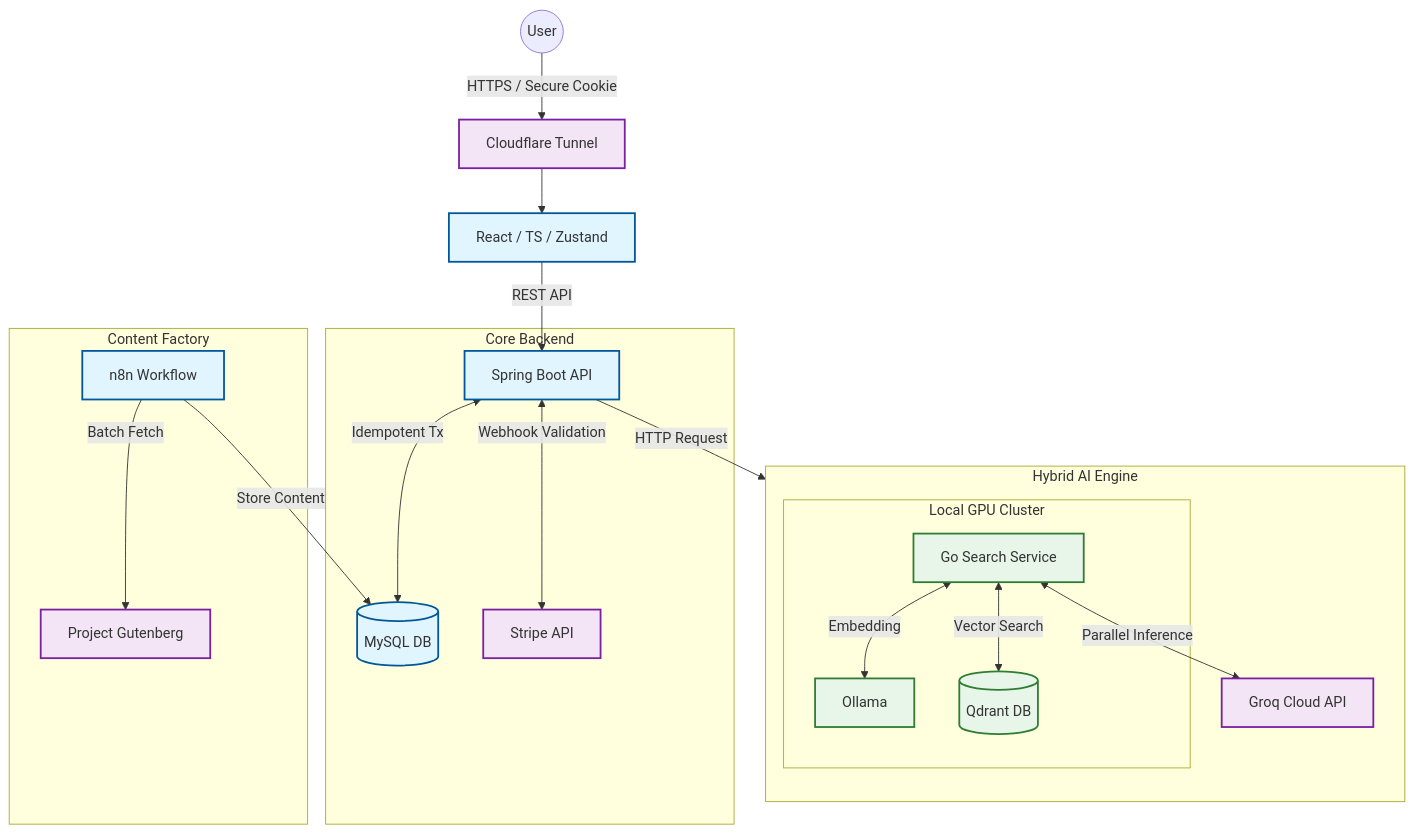
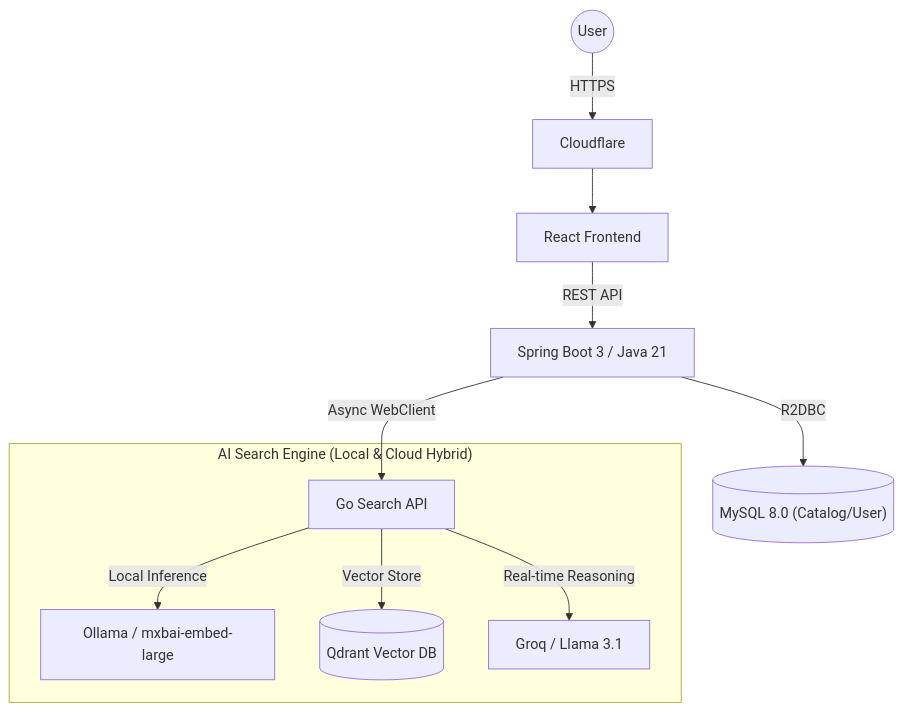
The diagram in README.md (xtq453xs-star/smartbrief), drawn with Mermaid before and after one commit. The commit also changed other lines of this file and 3 other files, not shown here.

````diff
--- a/README.md
+++ b/README.md
@@ -78,35 +78,18 @@
 ```mermaid
 graph TD
-    User((User)) -->|HTTPS / Secure Cookie| CF[Cloudflare Tunnel]
-    CF --> FE[React / TS / Zustand]
-    FE -->|REST API| BE[Spring Boot API]
+    %% 既存のアクセス層
+    User((User)) -->|HTTPS| CF[Cloudflare] --> FE[React Frontend]
+    FE -->|REST API| BE[Spring Boot 3 / Java 21]
 
-    subgraph Core_Backend [Core Backend]
-        BE <-->|Idempotent Tx| MySQL[(MySQL DB)]
-        BE <-->|Webhook Validation| Stripe[Stripe API]
+    %% マイクロサービス連携
+    BE -->|Async WebClient| SearchAPI[Go Search API]
+    
+    subgraph "AI Search Engine (Local & Cloud Hybrid)"
+        SearchAPI -->|Local Inference| Ollama[Ollama / mxbai-embed-large]
+        SearchAPI -->|Vector Store| Qdrant[(Qdrant Vector DB)]
+        SearchAPI -->|Real-time Reasoning| Groq[Groq / Llama 3.1]
     end
 
-    subgraph Hybrid_AI_Engine [Hybrid AI Engine]
-        direction TB
-        BE -->|HTTP Request| GO[Go Search Service]
-        GO <-->|Parallel Inference| Groq[Groq Cloud API]
-        
-        subgraph Local_GPU_Cluster [Local GPU Cluster]
-            GO <-->|Embedding| Ollama[Ollama]
-            GO <-->|Vector Search| Qdrant[(Qdrant DB)]
-        end
-    end
-
-    subgraph Content_Factory [Content Factory]
-        n8n[n8n Workflow] -->|Batch Fetch| Gutenberg[Project Gutenberg]
-        n8n -->|Store Content| MySQL
-    end
-
-    classDef container fill:#e1f5fe,stroke:#01579b,stroke-width:2px
-    classDef external fill:#f3e5f5,stroke:#7b1fa2,stroke-width:2px
-    classDef local fill:#e8f5e9,stroke:#2e7d32,stroke-width:2px
-    
-    class FE,BE,MySQL,n8n container
-    class CF,Stripe,Groq,Gutenberg external
-    class GO,Ollama,Qdrant local
+    %% 既存のデータ層
+    BE -->|R2DBC| MySQL[("MySQL 8.0 (Catalog/User)")]
 ```
````
